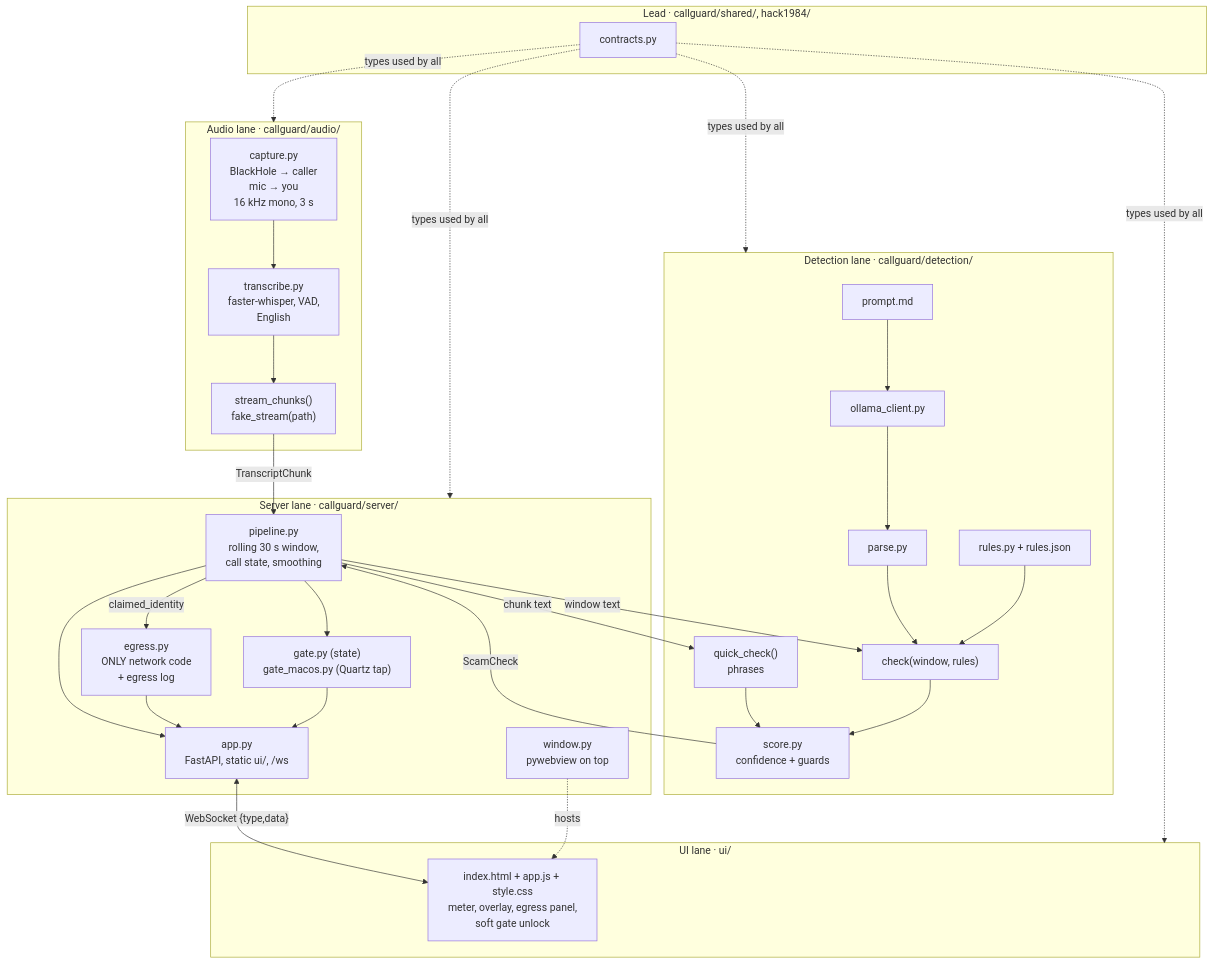
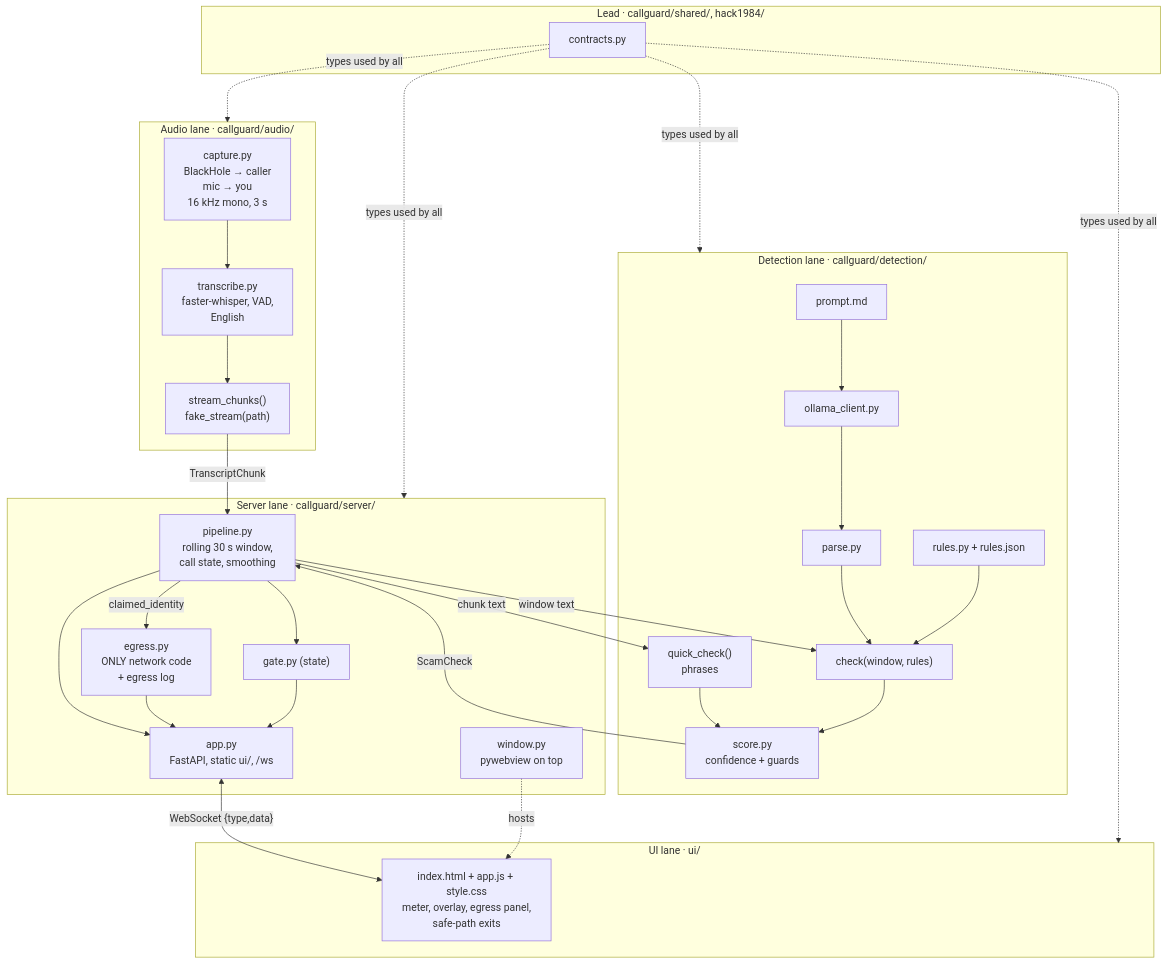
One commit to cocoleunghokei/CallGuard changed the third of 10 diagrams in hack1984/prd.md. Above: the diagram before and after it, drawn with Mermaid. The commit also changed other lines of this file, not shown here.

First line of the commit message:
PRD: cut the hard keyboard gate; the pause never blocks typing

````diff
--- a/hack1984/prd.md
+++ b/hack1984/prd.md
@@ -603,48 +601,48 @@
 ```mermaid
 flowchart TB
     subgraph AUD["Audio lane · callguard/audio/"]
         cap["capture.py<br/>BlackHole → caller<br/>mic → you<br/>16 kHz mono, 3 s"]
         tr["transcribe.py<br/>faster-whisper, VAD,<br/>English"]
         sc["stream_chunks()<br/>fake_stream(path)"]
         cap --> tr --> sc
     end
     subgraph DET["Detection lane · callguard/detection/"]
         qc["quick_check()<br/>phrases"]
         oc["ollama_client.py"]
         pr["prompt.md"]
         pa["parse.py"]
         ru["rules.py + rules.json"]
         so["score.py<br/>confidence + guards"]
         ck["check(window, rules)"]
         pr --> oc --> pa --> ck
         ru --> ck
         qc --> so
         ck --> so
     end
     subgraph SRV["Server lane · callguard/server/"]
         app["app.py<br/>FastAPI, static ui/, /ws"]
         pl["pipeline.py<br/>rolling 30 s window,<br/>call state, smoothing"]
         eg["egress.py<br/>ONLY network code<br/>+ egress log"]
-        ga["gate.py (state)<br/>gate_macos.py (Quartz tap)"]
+        ga["gate.py (state)"]
         win["window.py<br/>pywebview on top"]
     end
     subgraph UI["UI lane · ui/"]
-        idx["index.html + app.js + style.css<br/>meter, overlay, egress panel,<br/>soft gate unlock"]
+        idx["index.html + app.js + style.css<br/>meter, overlay, egress panel,<br/>safe-path exits"]
     end
     subgraph LEAD["Lead · callguard/shared/, hack1984/"]
         con["contracts.py"]
     end
 
     sc -- TranscriptChunk --> pl
     pl -- "window text" --> ck
     pl -- "chunk text" --> qc
     so -- ScamCheck --> pl
     pl -- "claimed_identity" --> eg
     pl --> ga
     app <-- "WebSocket {type,data}" --> idx
     pl --> app
     eg --> app
     ga --> app
     win -. hosts .-> idx
     con -. "types used by all" .-> AUD & DET & SRV & UI
 ```
````
